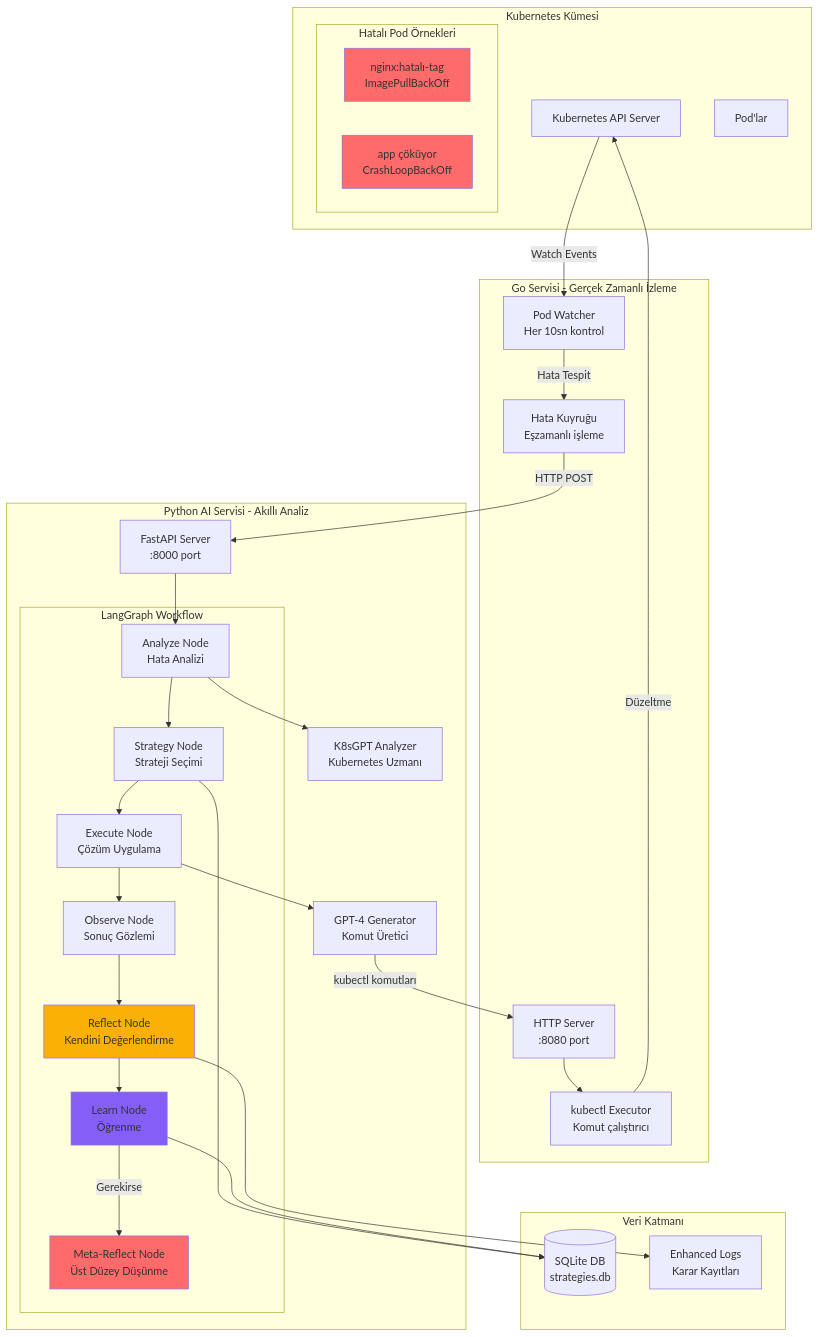
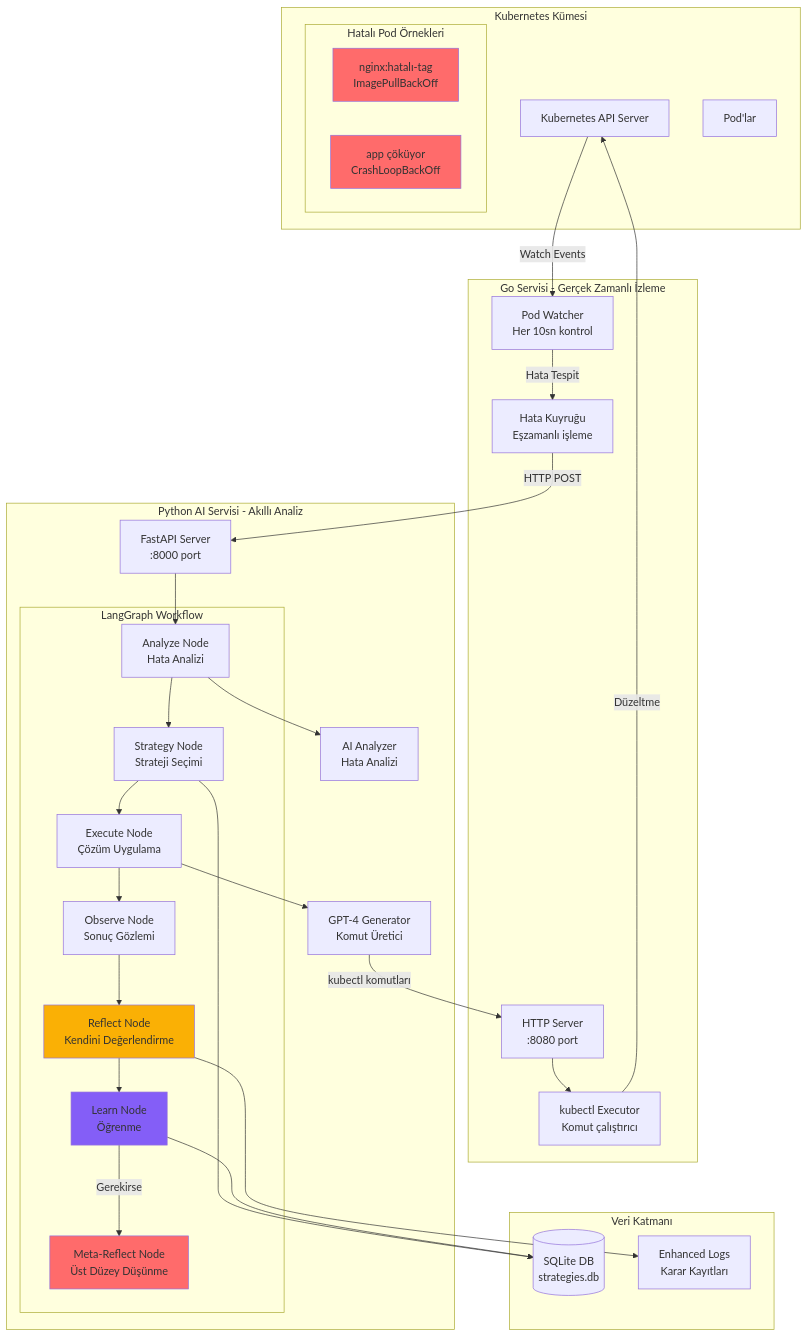
One commit to mmsuerkan/kubernetes-thesis changed the second of 3 diagrams in README.md. Above: the diagram before and after it, drawn with Mermaid. The commit also changed other lines of this file and 4 other files, not shown here.

````diff
--- a/README.md
+++ b/README.md
@@ -75,70 +75,70 @@
 ```mermaid
 graph TB
     subgraph "Kubernetes Kümesi"
         K8S_API[Kubernetes API Server]
         PODS[Pod'lar]
         
         subgraph "Hatalı Pod Örnekleri"
             IMG_ERR[nginx:hatalı-tag<br/>ImagePullBackOff]
             CRASH_ERR[app çöküyor<br/>CrashLoopBackOff]
         end
     end
     
     subgraph "Go Servisi - Gerçek Zamanlı İzleme"
         WATCHER[Pod Watcher<br/>Her 10sn kontrol]
         ERROR_Q[Hata Kuyruğu<br/>Eşzamanlı işleme]
         HTTP_SERVER[HTTP Server<br/>:8080 port]
         KUBECTL[kubectl Executor<br/>Komut çalıştırıcı]
     end
     
     subgraph "Python AI Servisi - Akıllı Analiz"
         FASTAPI[FastAPI Server<br/>:8000 port]
         
         subgraph "LangGraph Workflow"
             ANALYZE[Analyze Node<br/>Hata Analizi]
             STRATEGY[Strategy Node<br/>Strateji Seçimi]
             EXECUTE[Execute Node<br/>Çözüm Uygulama]
             OBSERVE[Observe Node<br/>Sonuç Gözlemi]
             REFLECT[Reflect Node<br/>Kendini Değerlendirme]
             LEARN[Learn Node<br/>Öğrenme]
             META[Meta-Reflect Node<br/>Üst Düzey Düşünme]
         end
         
-        K8SGPT[K8sGPT Analyzer<br/>Kubernetes Uzmanı]
+        ANALYZER[AI Analyzer<br/>Hata Analizi]
         GPT4[GPT-4 Generator<br/>Komut Üretici]
     end
     
     subgraph "Veri Katmanı"
         SQLITE[(SQLite DB<br/>strategies.db)]
         LOGS[Enhanced Logs<br/>Karar Kayıtları]
     end
     
     K8S_API -->|Watch Events| WATCHER
     WATCHER -->|Hata Tespit| ERROR_Q
     ERROR_Q -->|HTTP POST| FASTAPI
     
     FASTAPI --> ANALYZE
     ANALYZE --> STRATEGY
     STRATEGY --> EXECUTE
     EXECUTE --> OBSERVE
     OBSERVE --> REFLECT
     REFLECT --> LEARN
     LEARN -->|Gerekirse| META
     
-    ANALYZE --> K8SGPT
+    ANALYZE --> ANALYZER
     STRATEGY --> SQLITE
     EXECUTE --> GPT4
     
     GPT4 -->|kubectl komutları| HTTP_SERVER
     HTTP_SERVER --> KUBECTL
     KUBECTL -->|Düzeltme| K8S_API
     
     LEARN --> SQLITE
     REFLECT --> LOGS
     
     style IMG_ERR fill:#ff6b6b
     style CRASH_ERR fill:#ff6b6b
     style REFLECT fill:#fab005
     style LEARN fill:#845ef7
     style META fill:#ff6b6b
 ```
````
